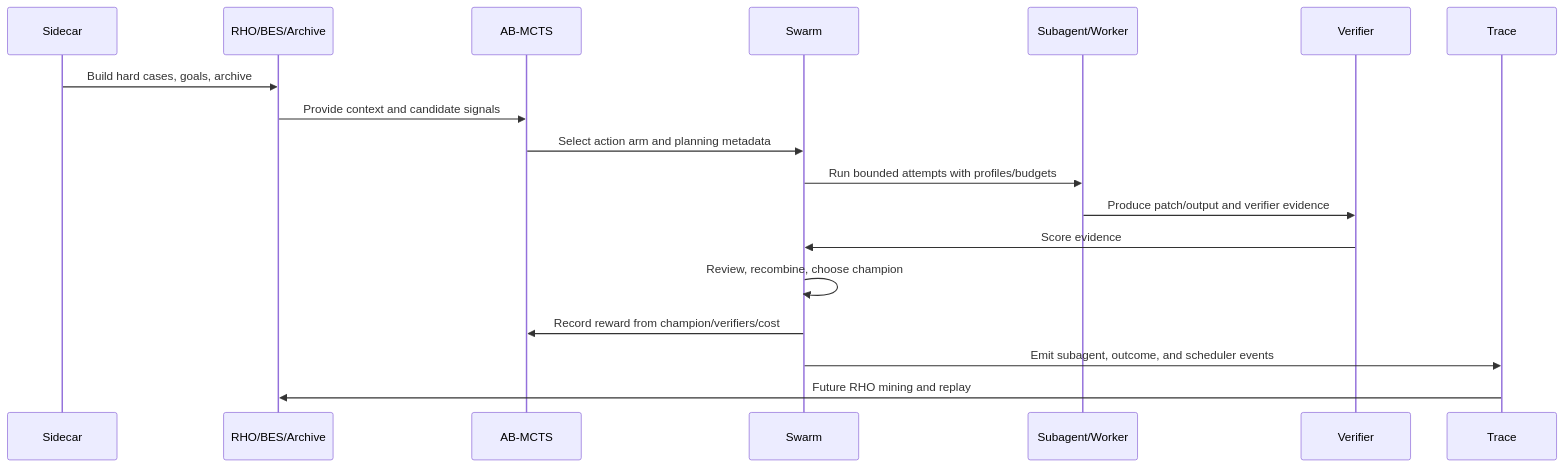
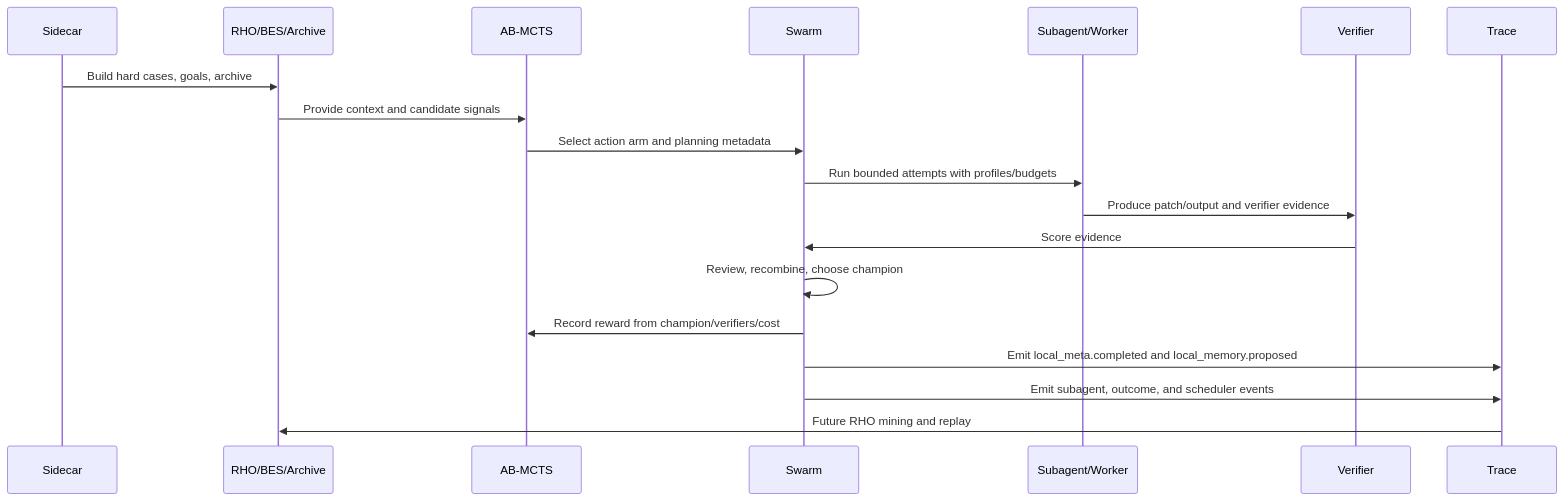
One commit to PhantomG27249/helios-forge changed the eighth of 9 diagrams in docs/architecture/feature-architecture-map.md. Above: the diagram before and after it, drawn with Mermaid. The commit also changed other lines of this file and 3 other files, not shown here.

````diff
--- a/docs/architecture/feature-architecture-map.md
+++ b/docs/architecture/feature-architecture-map.md
@@ -333,21 +345,22 @@
 ```mermaid
 sequenceDiagram
   participant Sidecar
   participant Meta as RHO/BES/Archive
   participant MCTS as AB-MCTS
   participant Swarm
   participant Worker as Subagent/Worker
   participant Verifier
   participant Trace
 
   Sidecar->>Meta: Build hard cases, goals, archive
   Meta->>MCTS: Provide context and candidate signals
   MCTS->>Swarm: Select action arm and planning metadata
   Swarm->>Worker: Run bounded attempts with profiles/budgets
   Worker->>Verifier: Produce patch/output and verifier evidence
   Verifier->>Swarm: Score evidence
   Swarm->>Swarm: Review, recombine, choose champion
   Swarm->>MCTS: Record reward from champion/verifiers/cost
+  Swarm->>Trace: Emit local_meta.completed and local_memory.proposed
   Swarm->>Trace: Emit subagent, outcome, and scheduler events
   Trace->>Meta: Future RHO mining and replay
 ```
````
